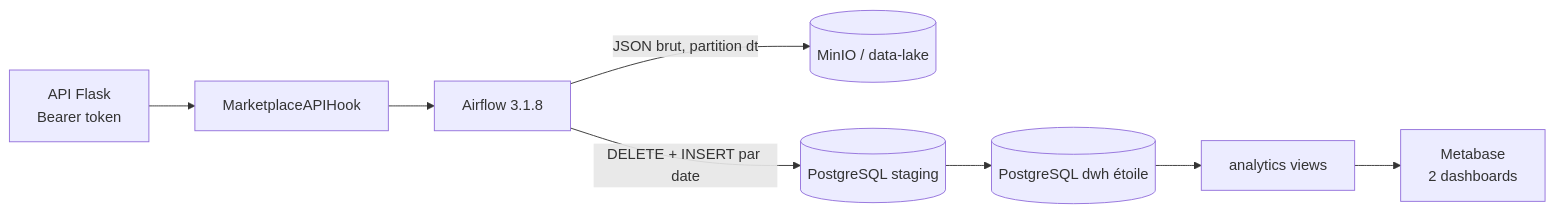
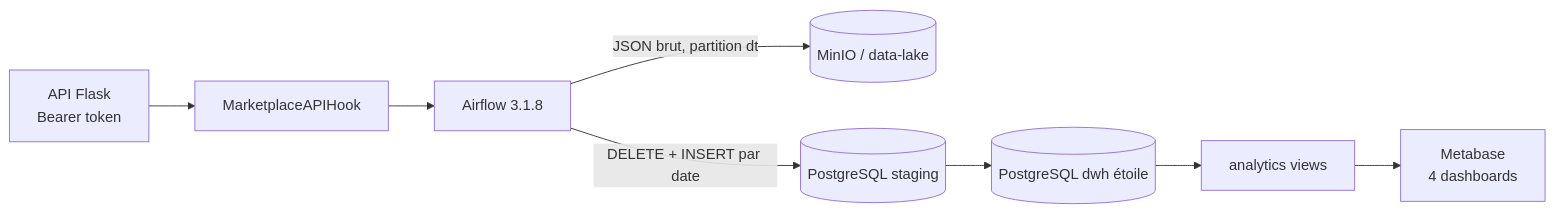
Before and after one commit to MEMS17/MarketPlace_Sport: the diagram in README.md, drawn with Mermaid. The commit also changed other lines of this file and 3 other files, not shown here.

Commit message:
fix: align Metabase dashboards with requirements

````diff
--- a/README.md
+++ b/README.md
@@ -7,10 +7,10 @@
 ```mermaid
 flowchart LR
     API[API Flask<br/>Bearer token] --> Hook[MarketplaceAPIHook]
     Hook --> DAG[Airflow 3.1.8]
     DAG -->|JSON brut, partition dt| S3[(MinIO / data-lake)]
     DAG -->|DELETE + INSERT par date| STG[(PostgreSQL staging)]
     STG --> DWH[(PostgreSQL dwh étoile)]
     DWH --> V[analytics views]
-    V --> MB[Metabase<br/>2 dashboards]
+    V --> MB[Metabase<br/>4 dashboards]
 ```
````
